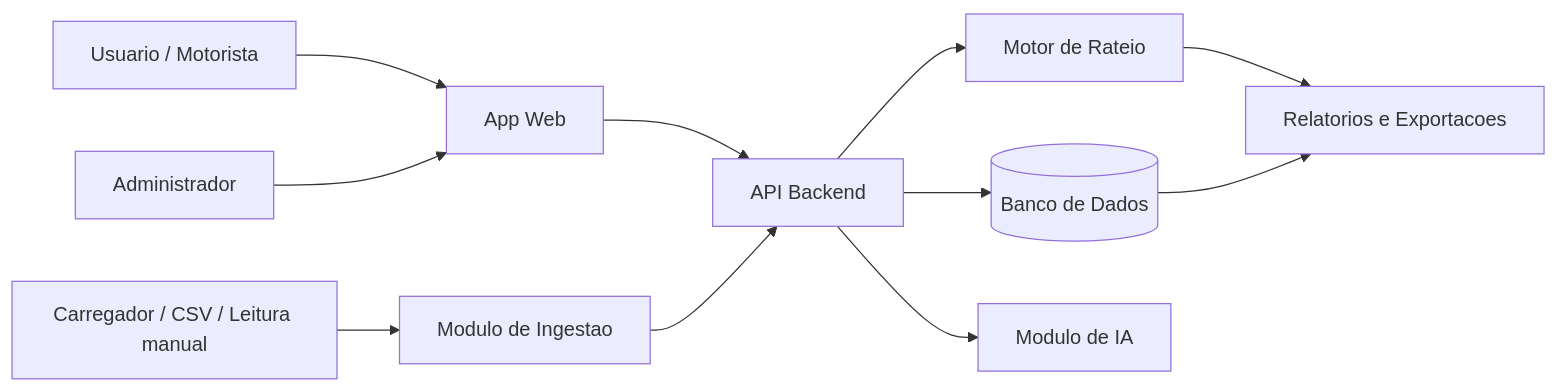
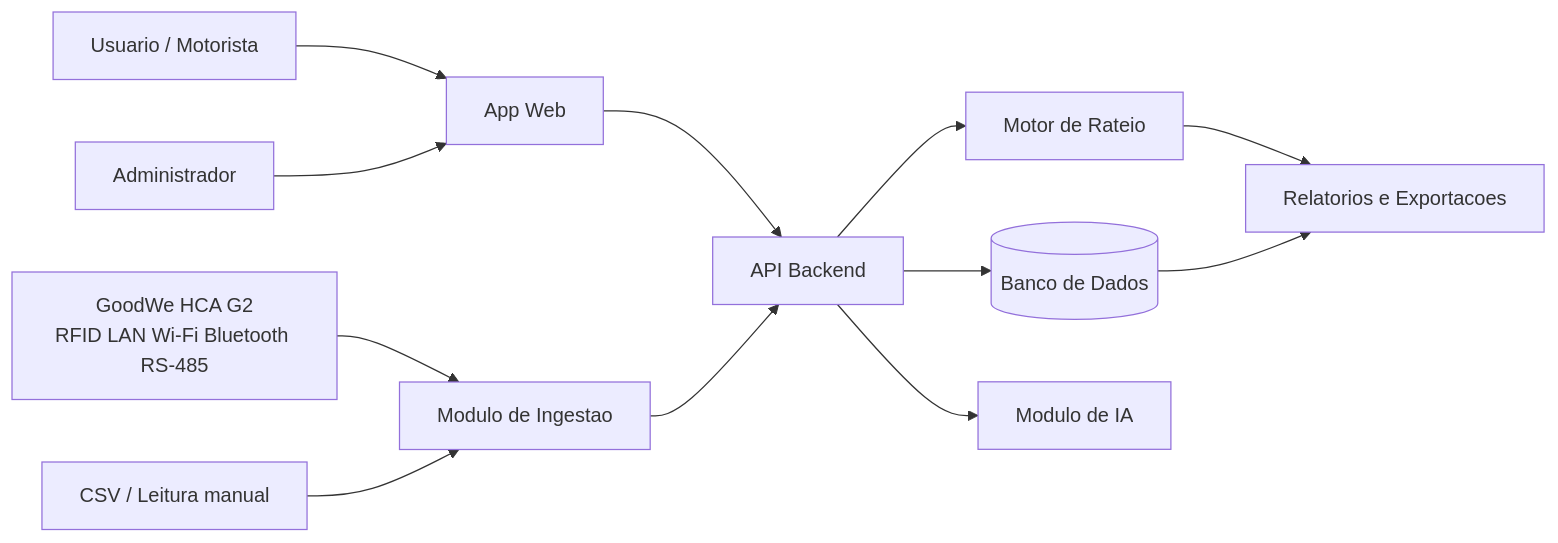
Before and after one commit to pedrocanavezi/ev-chargeops: the diagram in docs/arquitetura.md, drawn with Mermaid. The commit also changed other lines of this file and 5 other files, not shown here.

````diff
--- a/docs/arquitetura.md
+++ b/docs/arquitetura.md
@@ -59,13 +74,14 @@
 ```mermaid
 flowchart LR
   Usuario[Usuario / Motorista] --> App[App Web]
   Admin[Administrador] --> App
   App --> API[API Backend]
   API --> DB[(Banco de Dados)]
   API --> Rateio[Motor de Rateio]
   API --> IA[Modulo de IA]
-  Carregador[Carregador / CSV / Leitura manual] --> Ingestao[Modulo de Ingestao]
+  GoodWe[GoodWe HCA G2\nRFID LAN Wi-Fi Bluetooth RS-485] --> Ingestao[Modulo de Ingestao]
+  CSV[CSV / Leitura manual] --> Ingestao
   Ingestao --> API
   Rateio --> Relatorios[Relatorios e Exportacoes]
   DB --> Relatorios
 ```
````
